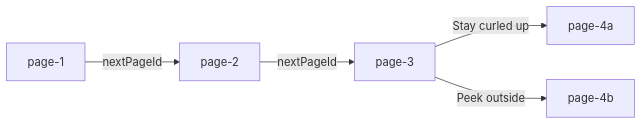
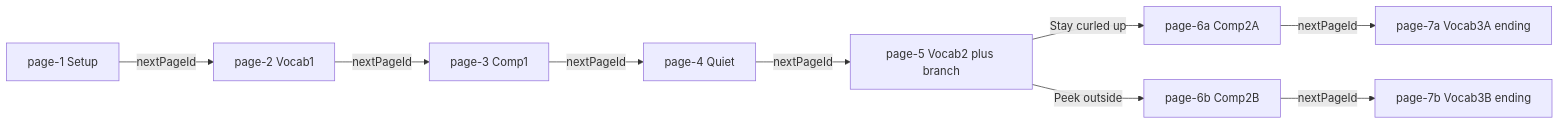
Before and after one commit to niksonndev/nerdy-story: the fourth of 4 diagrams in docs/story-navigation.md, drawn with Mermaid. The commit also changed other lines of this file and 4 other files, not shown here.

````diff
--- a/docs/story-navigation.md
+++ b/docs/story-navigation.md
@@ -60,7 +99,11 @@
 ```mermaid
 flowchart LR
-  page1[page-1] -->|nextPageId| page2[page-2]
-  page2 -->|nextPageId| page3[page-3]
-  page3 -->|Stay curled up| page4a[page-4a]
-  page3 -->|Peek outside| page4b[page-4b]
+  page1[page-1 Setup] -->|nextPageId| page2[page-2 Vocab1]
+  page2 -->|nextPageId| page3[page-3 Comp1]
+  page3 -->|nextPageId| page4[page-4 Quiet]
+  page4 -->|nextPageId| page5[page-5 Vocab2 plus branch]
+  page5 -->|Stay curled up| page6a[page-6a Comp2A]
+  page5 -->|Peek outside| page6b[page-6b Comp2B]
+  page6a -->|nextPageId| page7a[page-7a Vocab3A ending]
+  page6b -->|nextPageId| page7b[page-7b Vocab3B ending]
 ```
````
